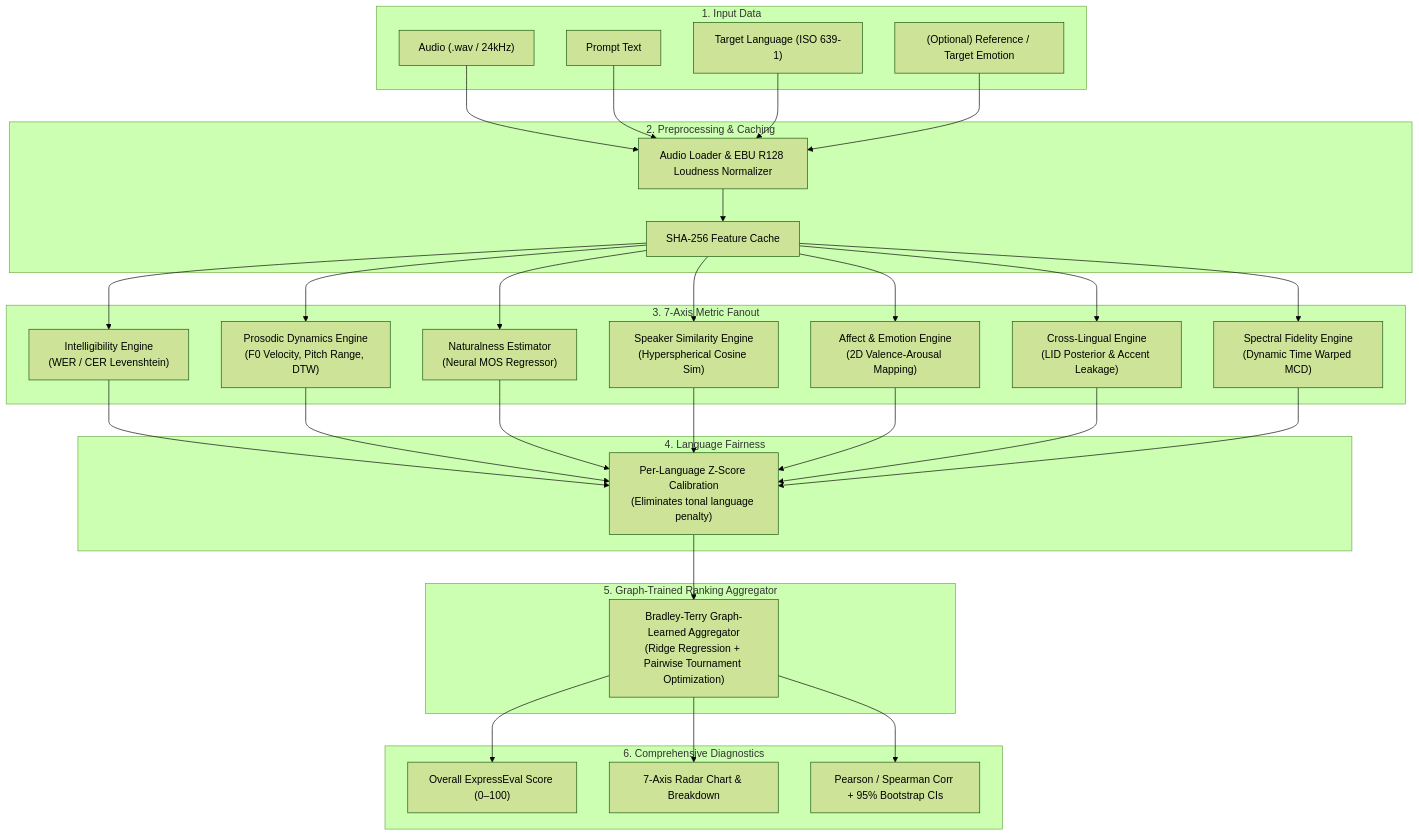
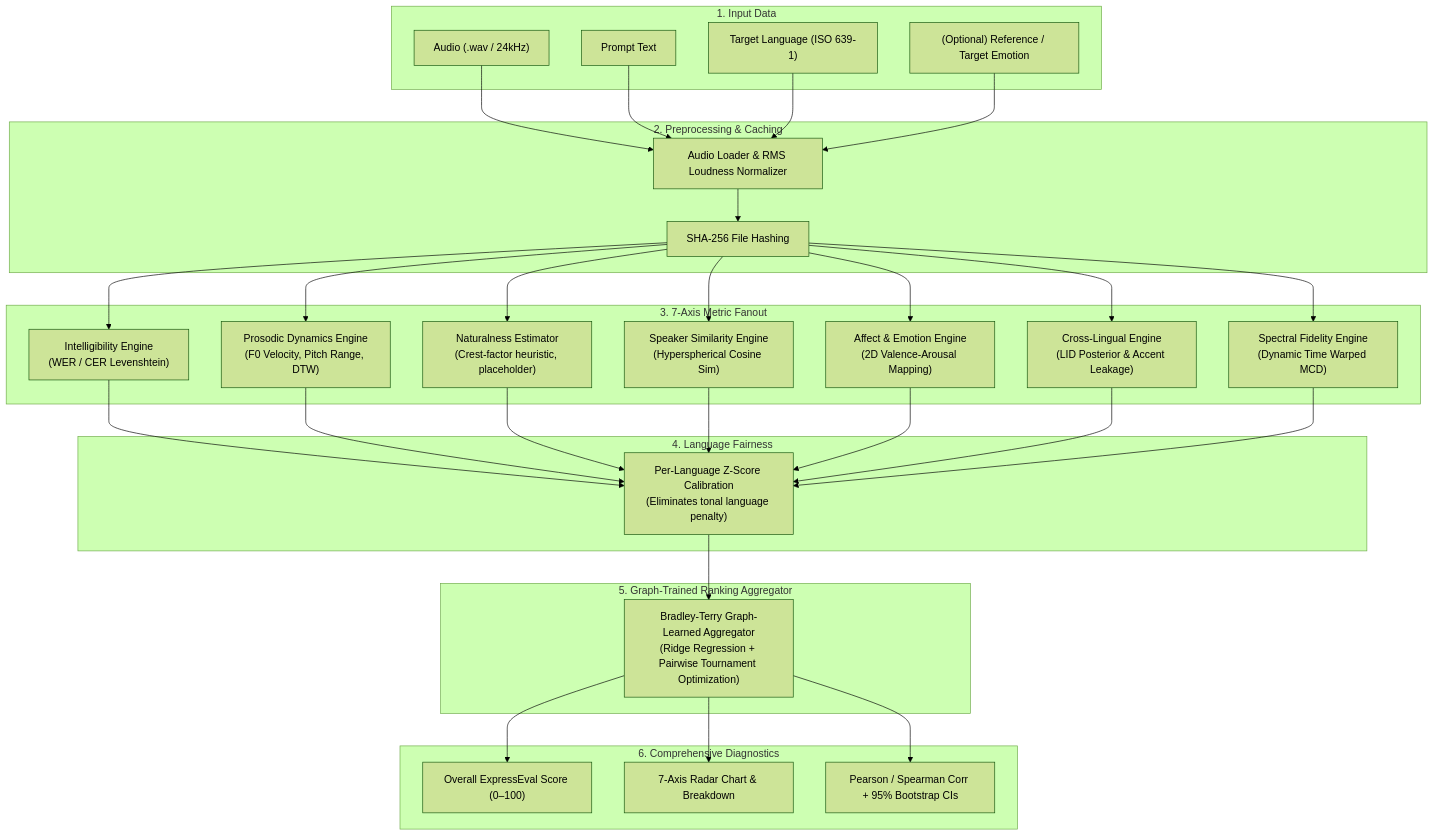
Before and after one commit to Scrooge-777/voxexpress-eval: the first of 2 diagrams in README.md, drawn with Mermaid (forest theme). The commit also changed other lines of this file and 4 other files, not shown here.

````diff
--- a/README.md
+++ b/README.md
@@ -28,45 +28,45 @@
 ```mermaid
 flowchart TD
     subgraph Inputs ["1. Input Data"]
         Audio["Audio (.wav / 24kHz)"]
         Text["Prompt Text"]
         Lang["Target Language (ISO 639-1)"]
         Ref["(Optional) Reference / Target Emotion"]
     end
 
     subgraph IO ["2. Preprocessing & Caching"]
-        Load["Audio Loader & EBU R128 Loudness Normalizer"]
-        Cache["SHA-256 Feature Cache"]
+        Load["Audio Loader & RMS Loudness Normalizer"]
+        Cache["SHA-256 File Hashing"]
     end
 
     subgraph Engines ["3. 7-Axis Metric Fanout"]
         M1["Intelligibility Engine\n(WER / CER Levenshtein)"]
         M2["Prosodic Dynamics Engine\n(F0 Velocity, Pitch Range, DTW)"]
-        M3["Naturalness Estimator\n(Neural MOS Regressor)"]
+        M3["Naturalness Estimator\n(Crest-factor heuristic, placeholder)"]
         M4["Speaker Similarity Engine\n(Hyperspherical Cosine Sim)"]
         M5["Affect & Emotion Engine\n(2D Valence-Arousal Mapping)"]
         M6["Cross-Lingual Engine\n(LID Posterior & Accent Leakage)"]
         M7["Spectral Fidelity Engine\n(Dynamic Time Warped MCD)"]
     end
 
     subgraph Normalization ["4. Language Fairness"]
         ZNorm["Per-Language Z-Score Calibration\n(Eliminates tonal language penalty)"]
     end
 
     subgraph Aggregator ["5. Graph-Trained Ranking Aggregator"]
         BTModel["Bradley-Terry Graph-Learned Aggregator\n(Ridge Regression + Pairwise Tournament Optimization)"]
     end
 
     subgraph Outputs ["6. Comprehensive Diagnostics"]
         Score["Overall ExpressEval Score (0–100)"]
         Radar["7-Axis Radar Chart & Breakdown"]
         Stats["Pearson / Spearman Corr + 95% Bootstrap CIs"]
     end
 
     Audio & Text & Lang & Ref --> Load
     Load --> Cache
     Cache --> M1 & M2 & M3 & M4 & M5 & M6 & M7
     M1 & M2 & M3 & M4 & M5 & M6 & M7 --> ZNorm
     ZNorm --> BTModel
     BTModel --> Score & Radar & Stats
 ```
````
